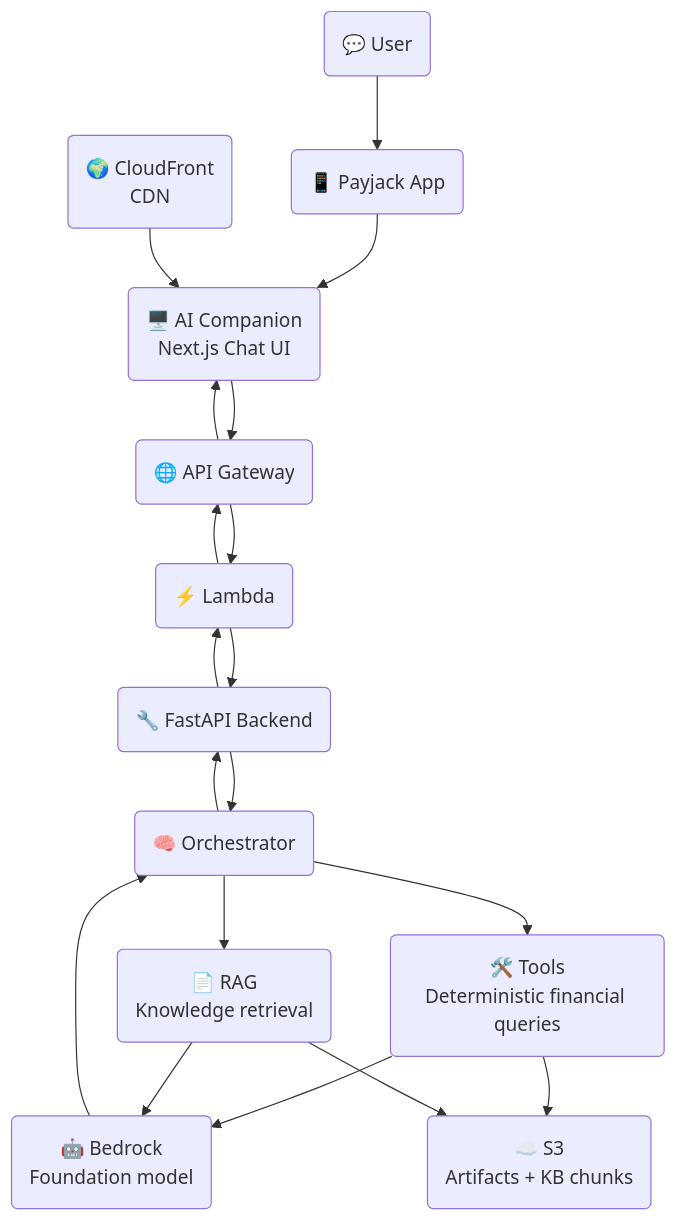
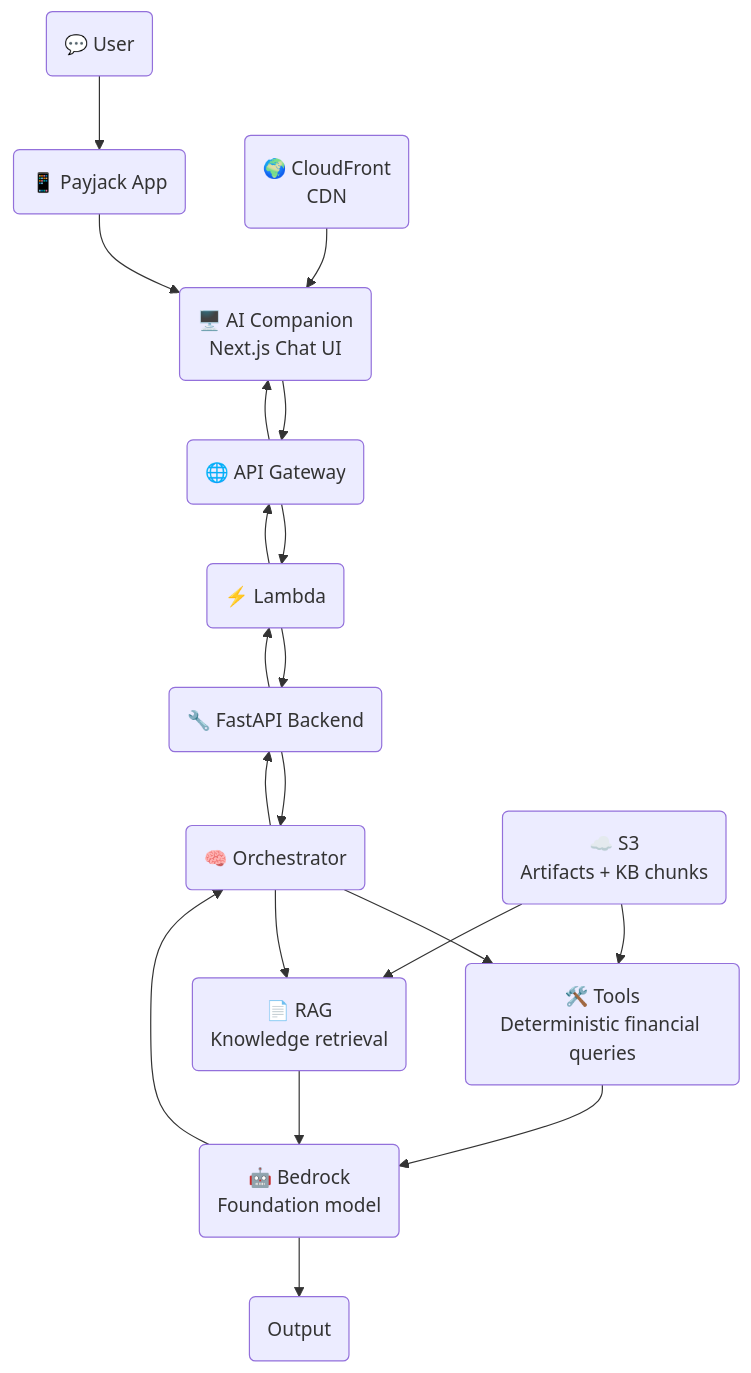
The diagram in documentation/01-system-overview.md (ot-squaynor/Payjack-AI-Companion), drawn with Mermaid before and after one commit. The commit also changed other lines of this file and 6 other files, not shown here.

````diff
--- a/documentation/01-system-overview.md
+++ b/documentation/01-system-overview.md
@@ -7,26 +7,28 @@
 ```mermaid
 flowchart TD
     USER("💬 User")
     APP("📱 Payjack App")
     FRONT("🖥️ AI Companion\nNext.js Chat UI")
     GW("🌐 API Gateway")
     LAMBDA("⚡ Lambda")
     API("🔧 FastAPI Backend")
     ORCH("🧠 Orchestrator")
     TOOLS("🛠️ Tools\nDeterministic financial queries")
     RAG("📄 RAG\nKnowledge retrieval")
     BEDROCK("🤖 Bedrock\nFoundation model")
     S3("☁️ S3\nArtifacts + KB chunks")
     CF("🌍 CloudFront\nCDN")
+    OUTPUT("Output")
 
     USER --> APP --> FRONT
     CF --> FRONT
     FRONT --> GW --> LAMBDA --> API --> ORCH
     ORCH --> TOOLS
     ORCH --> RAG
     TOOLS --> BEDROCK
     RAG --> BEDROCK
     BEDROCK --> ORCH --> API --> LAMBDA --> GW --> FRONT
-    TOOLS --> S3
-    RAG --> S3
+    S3--> TOOLS
+    S3 --> RAG
+    BEDROCK --> OUTPUT
 ```
````
